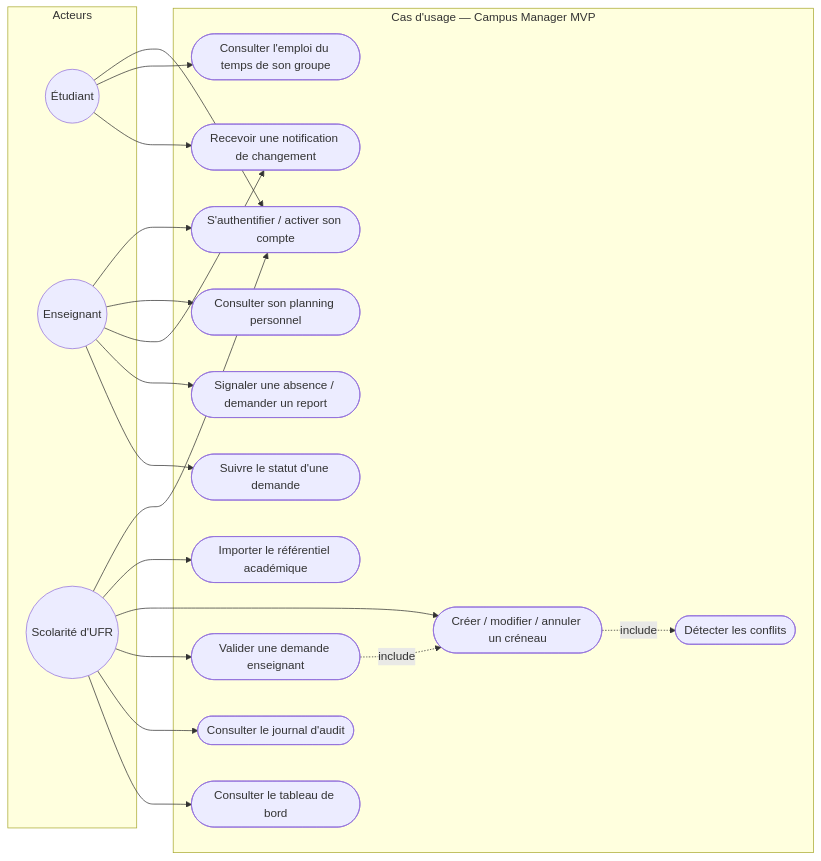
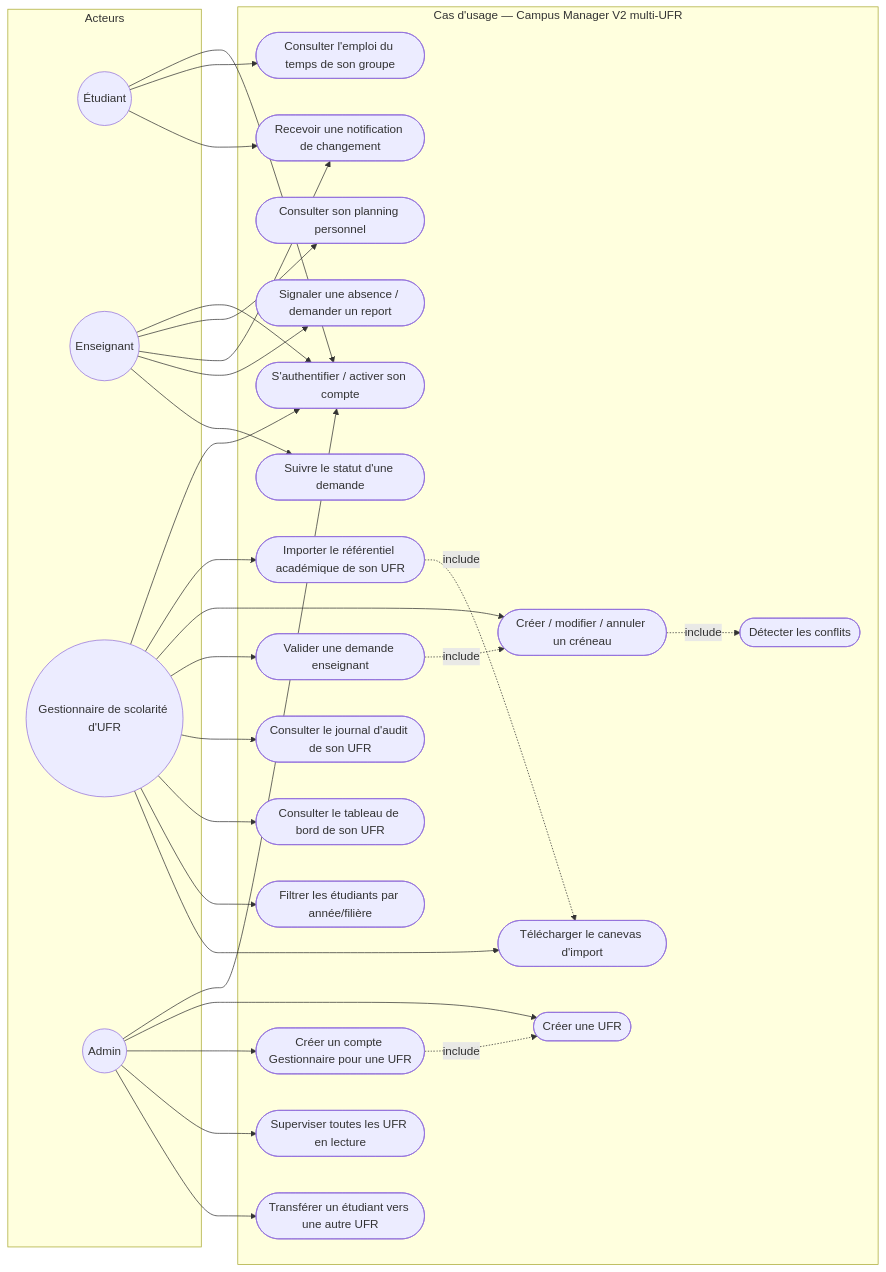
Before and after one commit to Kevin23phx/Gestionnaire_emploi_de_temps: the second of 6 diagrams in docs/05_UML_C4_Campus_Manager.md, drawn with Mermaid. The commit also changed other lines of this file and 24 other files, not shown here.

````diff
--- a/docs/05_UML_C4_Campus_Manager.md
+++ b/docs/05_UML_C4_Campus_Manager.md
@@ -34,41 +36,57 @@
 ```mermaid
 graph LR
     subgraph Acteurs
         E((Étudiant))
         T((Enseignant))
-        S((Scolarité d'UFR))
+        S((Gestionnaire de scolarité d'UFR))
+        A((Admin))
     end
 
-    subgraph "Cas d'usage — Campus Manager MVP"
+    subgraph "Cas d'usage — Campus Manager V2 multi-UFR"
         UC1(["S'authentifier / activer son compte"])
         UC2(["Consulter l'emploi du temps de son groupe"])
         UC3(["Consulter son planning personnel"])
         UC4(["Recevoir une notification de changement"])
         UC5(["Signaler une absence / demander un report"])
         UC6(["Suivre le statut d'une demande"])
-        UC7(["Importer le référentiel académique"])
+        UC7(["Importer le référentiel académique de son UFR"])
         UC8(["Créer / modifier / annuler un créneau"])
         UC9(["Détecter les conflits"])
         UC10(["Valider une demande enseignant"])
-        UC11(["Consulter le journal d'audit"])
-        UC12(["Consulter le tableau de bord"])
+        UC11(["Consulter le journal d'audit de son UFR"])
+        UC12(["Consulter le tableau de bord de son UFR"])
+        UC13(["Créer une UFR"])
+        UC14(["Créer un compte Gestionnaire pour une UFR"])
+        UC15(["Superviser toutes les UFR en lecture"])
+        UC16(["Transférer un étudiant vers une autre UFR"])
+        UC17(["Filtrer les étudiants par année/filière"])
+        UC18(["Télécharger le canevas d'import"])
     end
 
     E --> UC1
     E --> UC2
     E --> UC4
     T --> UC1
     T --> UC3
     T --> UC4
     T --> UC5
     T --> UC6
     S --> UC1
     S --> UC7
     S --> UC8
     S --> UC10
     S --> UC11
     S --> UC12
+    S --> UC17
+    S --> UC18
+    A --> UC1
+    A --> UC13
+    A --> UC14
+    A --> UC15
+    A --> UC16
 
+    UC7 -. include .-> UC18
     UC8 -. include .-> UC9
     UC10 -. include .-> UC8
+    UC14 -. include .-> UC13
 ```
````
